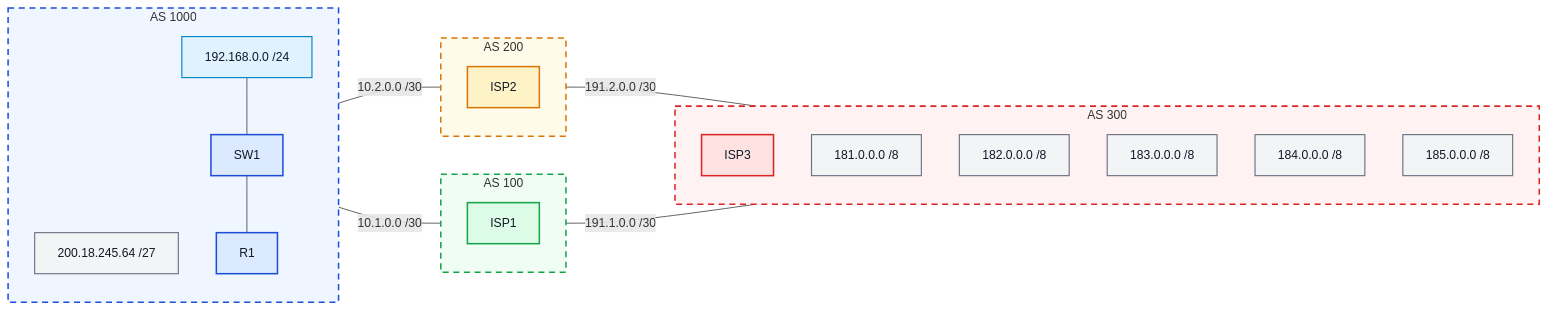
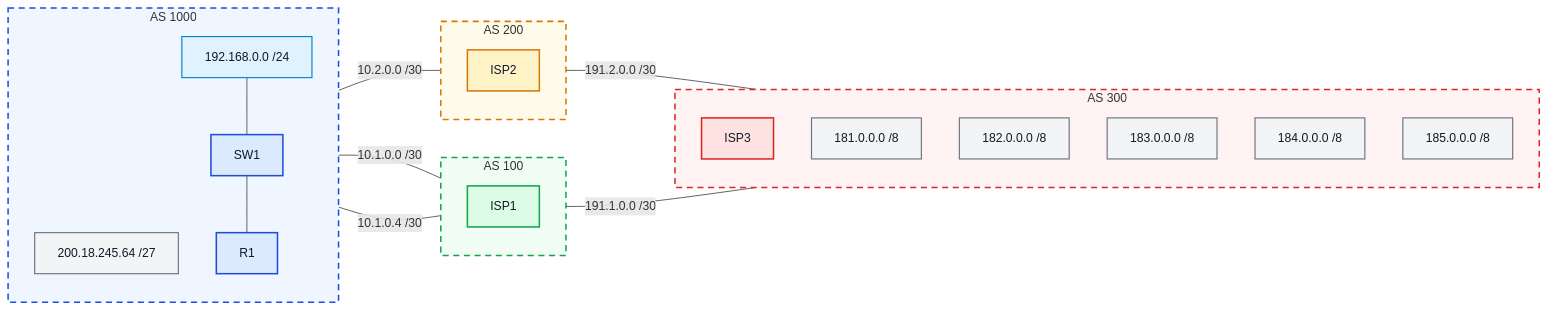
One commit to oficialvzi/PTR changed the diagram in labs/lab06.md. Above: the diagram before and after it, drawn with Mermaid. The commit also changed other lines of this file, not shown here.

````diff
--- a/labs/lab06.md
+++ b/labs/lab06.md
@@ -50,65 +131,66 @@
 ```mermaid
 flowchart LR
     %% ===== AS 1000 =====
     subgraph AS1000["AS 1000"]
         direction TB
         PFX1["200.18.245.64 /27"]
         SW1["SW1"]
         LAN1["192.168.0.0 /24"]
         R1["R1"]
 
         SW1 --- R1
         LAN1 --- SW1
     end
 
     %% ===== AS 100 =====
     subgraph AS100["AS 100"]
         direction TB
         ISP1["ISP1"]
     end
 
     %% ===== AS 200 =====
     subgraph AS200["AS 200"]
         direction TB
         ISP2["ISP2"]
     end
 
     %% ===== AS 300 =====
     subgraph AS300["AS 300"]
         direction TB
         ISP3["ISP3"]
         P181["181.0.0.0 /8"]
         P182["182.0.0.0 /8"]
         P183["183.0.0.0 /8"]
         P184["184.0.0.0 /8"]
         P185["185.0.0.0 /8"]
     end
 
     %% ===== Links =====
     R1 ---|10.1.0.0 /30| ISP1
+    R1 ---|10.1.0.4 /30| ISP1 
     R1 ---|10.2.0.0 /30| ISP2
     ISP1 ---|191.1.0.0 /30| ISP3
     ISP2 ---|191.2.0.0 /30| ISP3
 
     %% ===== Cores dos nós =====
     classDef empresa fill:#dbeafe,stroke:#1d4ed8,color:#111827,stroke-width:2px;
     classDef isp1 fill:#dcfce7,stroke:#16a34a,color:#111827,stroke-width:2px;
     classDef isp2 fill:#fef3c7,stroke:#d97706,color:#111827,stroke-width:2px;
     classDef isp3 fill:#fee2e2,stroke:#dc2626,color:#111827,stroke-width:2px;
     classDef prefixo fill:#f3f4f6,stroke:#6b7280,color:#111827,stroke-width:1.5px;
     classDef lan fill:#e0f2fe,stroke:#0284c7,color:#111827,stroke-width:1.5px;
 
     class R1,SW1 empresa;
     class ISP1 isp1;
     class ISP2 isp2;
     class ISP3 isp3;
     class PFX1,P181,P182,P183,P184,P185 prefixo;
     class LAN1 lan;
 
     %% ===== Estilo dos AS =====
     style AS1000 fill:#eff6ff,stroke:#1d4ed8,stroke-width:2px,stroke-dasharray: 8 6
     style AS100 fill:#f0fdf4,stroke:#16a34a,stroke-width:2px,stroke-dasharray: 8 6
     style AS200 fill:#fffbeb,stroke:#d97706,stroke-width:2px,stroke-dasharray: 8 6
     style AS300 fill:#fef2f2,stroke:#dc2626,stroke-width:2px,stroke-dasharray: 8 6
 
 ```
````
